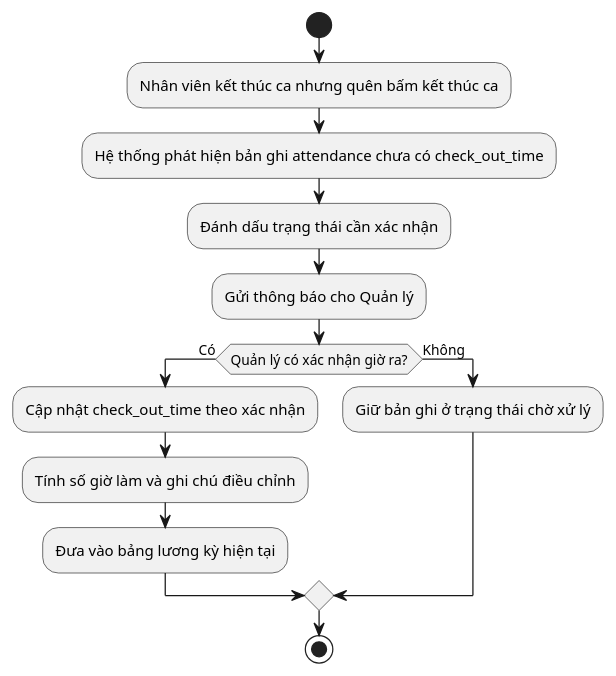
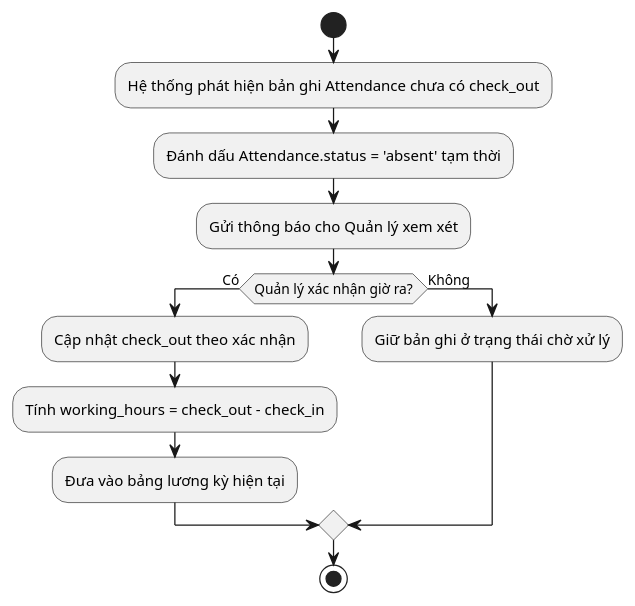
One commit to Elkayee/doc-automation-suite changed the second of 4 diagrams in chapters/Ch08_CHƯƠNG_6_NGHIÊN_CỨU_CHUYÊN_SÂU_—_USE_CA.md. Above: the diagram before and after it, drawn with PlantUML. The commit also changed other lines of this file and 4 other files, not shown here.

````diff
--- a/chapters/Ch08_CHƯƠNG_6_NGHIÊN_CỨU_CHUYÊN_SÂU_—_USE_CA.md
+++ b/chapters/Ch08_CHƯƠNG_6_NGHIÊN_CỨU_CHUYÊN_SÂU_—_USE_CA.md
@@ -125,17 +102,16 @@
 ```plantuml
 @startuml
 start
-:Nhân viên kết thúc ca nhưng quên bấm kết thúc ca;
-:Hệ thống phát hiện bản ghi attendance chưa có check_out_time;
-:Đánh dấu trạng thái cần xác nhận;
-:Gửi thông báo cho Quản lý;
-if (Quản lý có xác nhận giờ ra?) then (Có)
-  :Cập nhật check_out_time theo xác nhận;
-  :Tính số giờ làm và ghi chú điều chỉnh;
+:Hệ thống phát hiện bản ghi Attendance chưa có check_out;
+:Đánh dấu Attendance.status = 'absent' tạm thời;
+:Gửi thông báo cho Quản lý xem xét;
+if (Quản lý xác nhận giờ ra?) then (Có)
+  :Cập nhật check_out theo xác nhận;
+  :Tính working_hours = check_out - check_in;
   :Đưa vào bảng lương kỳ hiện tại;
 else (Không)
   :Giữ bản ghi ở trạng thái chờ xử lý;
 endif
 stop
 @enduml
 ```
````
